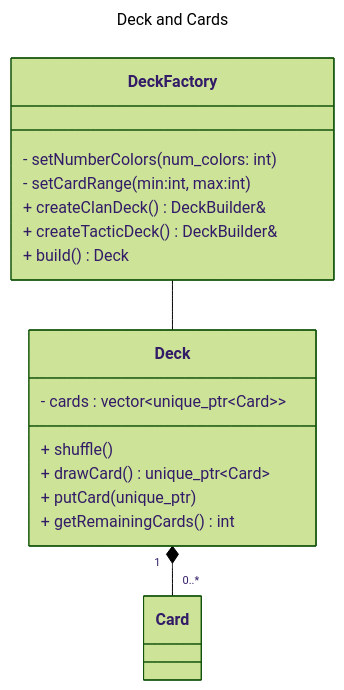
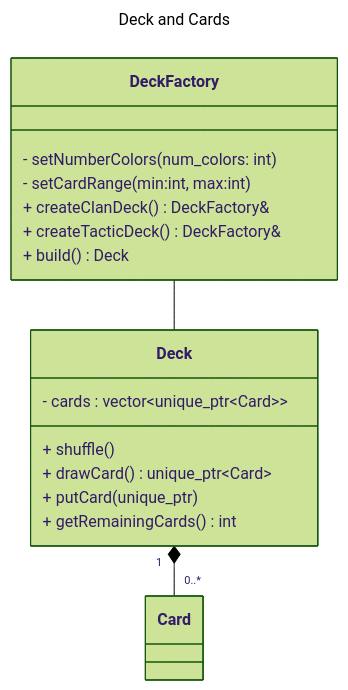
One commit to kilaposhi/Schotten-Totten changed the first of 3 diagrams in documentation/rapport_2.md. Above: the diagram before and after it, drawn with Mermaid (forest theme). The commit also changed other lines of this file and 7 other files, not shown here.

Commit message:
refactor DeckBuilder -> DeckFactory

````diff
--- a/documentation/rapport_2.md
+++ b/documentation/rapport_2.md
@@ -15,25 +15,25 @@
 ```mermaid
 ---
 title : Deck and Cards
 ---
 classDiagram
 
 DeckFactory -- Deck
 Deck "1" *-- "0..*" Card
 class DeckFactory{
 - setNumberColors(num_colors: int)
 - setCardRange(min:int, max:int)
-+ createClanDeck() DeckBuilder&
-+ createTacticDeck() DeckBuilder&
++ createClanDeck() DeckFactory&
++ createTacticDeck() DeckFactory&
 + build() Deck
 }
 
 class Deck{
 - cards : vector~unique_ptr~Card~~
 + shuffle()
 + drawCard() unique_ptr~Card~
 + putCard(unique_ptr<Card>)
 + getRemainingCards() int
 }
 
 ```
````
